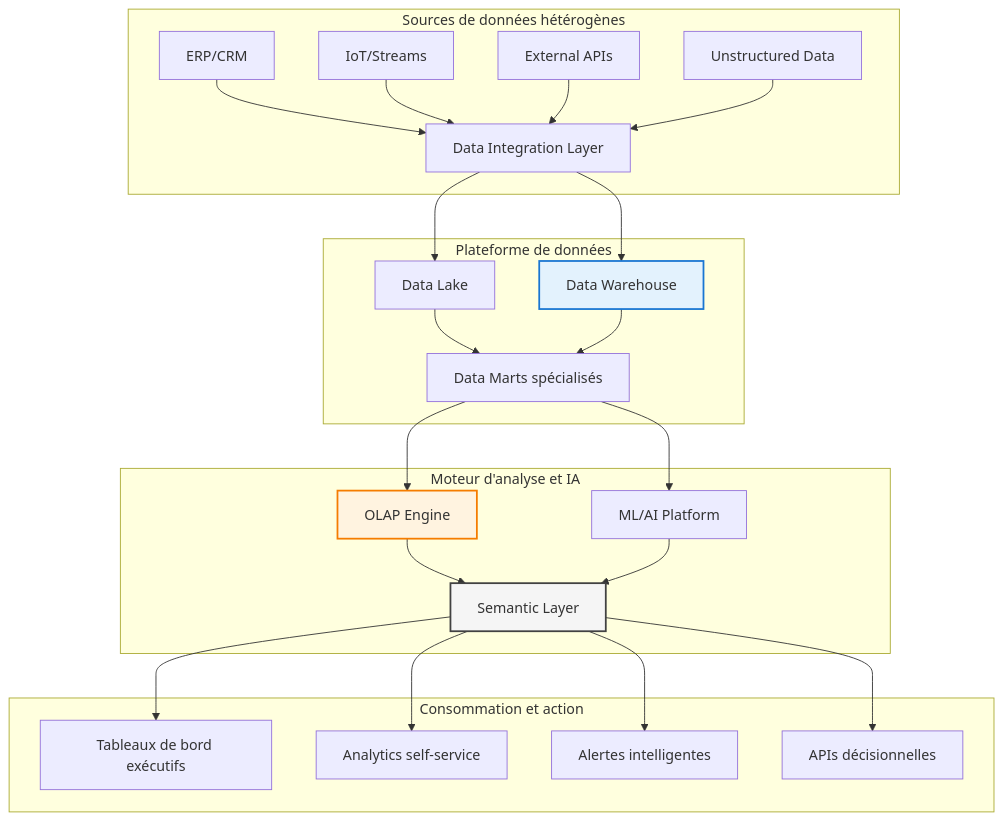
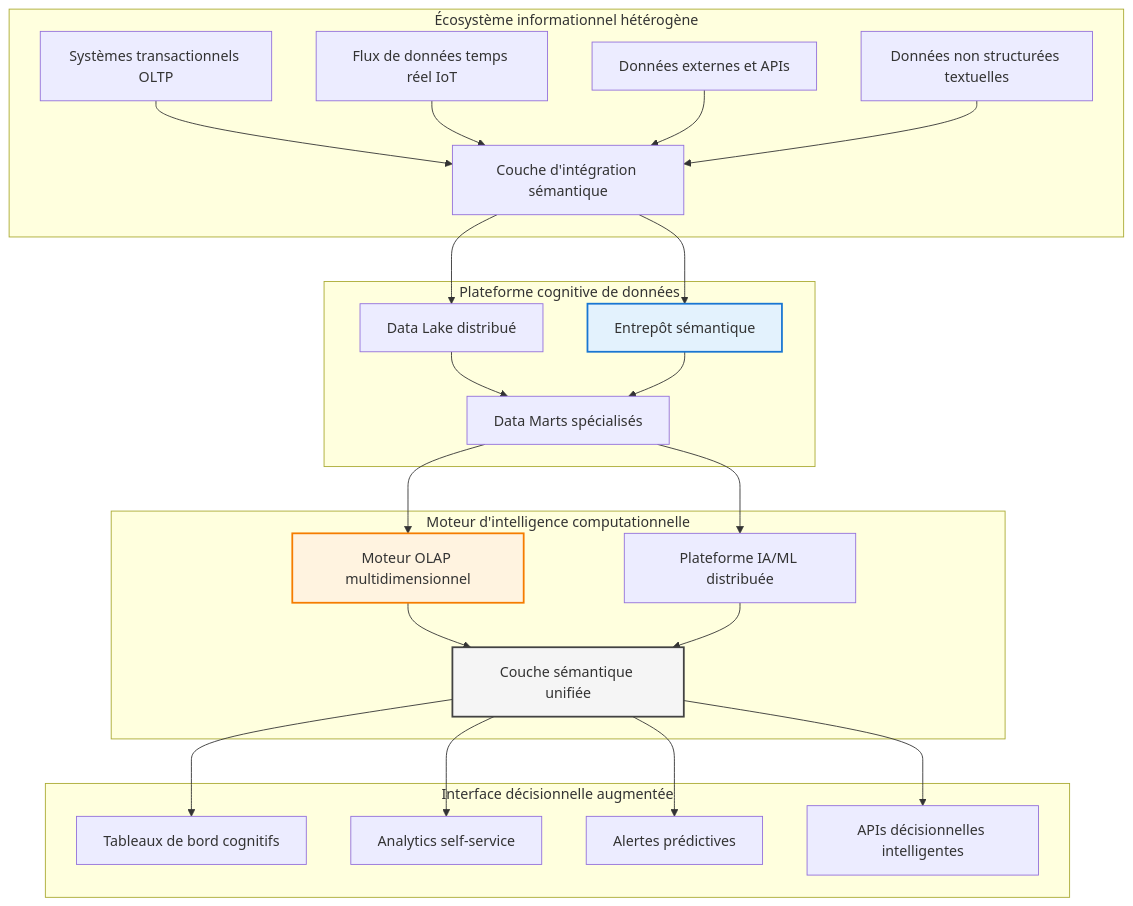
The diagram in cours/chapitre-A-bi-intro/README.md (msellamiTN/data-multimodeling), drawn with Mermaid before and after one commit. The commit also changed other lines of this file, not shown here.

````diff
--- a/cours/chapitre-A-bi-intro/README.md
+++ b/cours/chapitre-A-bi-intro/README.md
@@ -54,34 +79,34 @@
 ```mermaid
 graph TB
-    subgraph "Sources de données hétérogènes"
-        A[ERP/CRM] --> E[Data Integration Layer]
-        B[IoT/Streams] --> E
-        C[External APIs] --> E
-        D[Unstructured Data] --> E
+    subgraph "Écosystème informationnel hétérogène"
+        A[Systèmes transactionnels OLTP] --> E[Couche d'intégration sémantique]
+        B[Flux de données temps réel IoT] --> E
+        C[Données externes et APIs] --> E
+        D[Données non structurées textuelles] --> E
     end
     
-    subgraph "Plateforme de données"
-        E --> F[Data Lake]
-        E --> G[Data Warehouse]
+    subgraph "Plateforme cognitive de données"
+        E --> F[Data Lake distribué]
+        E --> G[Entrepôt sémantique]
         F --> H[Data Marts spécialisés]
         G --> H
     end
     
-    subgraph "Moteur d'analyse et IA"
-        H --> I[OLAP Engine]
-        H --> J[ML/AI Platform]
-        I --> K[Semantic Layer]
+    subgraph "Moteur d'intelligence computationnelle"
+        H --> I[Moteur OLAP multidimensionnel]
+        H --> J[Plateforme IA/ML distribuée]
+        I --> K[Couche sémantique unifiée]
         J --> K
     end
     
-    subgraph "Consommation et action"
-        K --> L[Tableaux de bord exécutifs]
+    subgraph "Interface décisionnelle augmentée"
+        K --> L[Tableaux de bord cognitifs]
         K --> M[Analytics self-service]
-        K --> N[Alertes intelligentes]
-        K --> O[APIs décisionnelles]
+        K --> N[Alertes prédictives]
+        K --> O[APIs décisionnelles intelligentes]
     end
     
     style G fill:#e3f2fd,stroke:#1976d2,stroke-width:2px
     style I fill:#fff3e0,stroke:#f57c00,stroke-width:2px
     style K fill:#f5f5f5,stroke:#424242,stroke-width:2px
 ```
````
